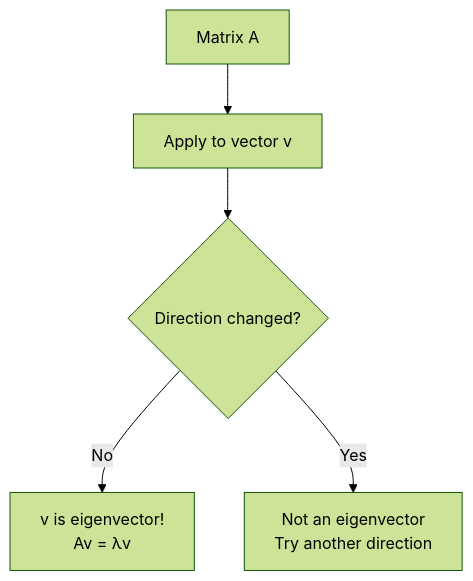
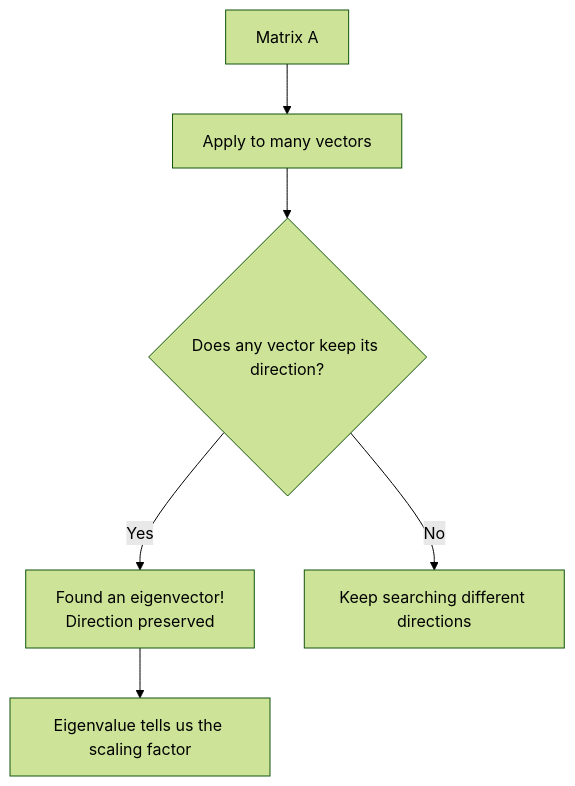
The second of 6 diagrams in docs/00_foundations/linear_algebra.md (amankumarcode/ai-agent-notes), drawn with Mermaid (forest theme) before and after one commit. The commit also changed other lines of this file, not shown here.

````diff
--- a/docs/00_foundations/linear_algebra.md
+++ b/docs/00_foundations/linear_algebra.md
@@ -85,7 +109,8 @@
 ```mermaid
 graph TD
-    A[Matrix A] --> B[Apply to vector v]
-    B --> C{Direction changed?}
-    C -->|No| D[v is eigenvector!<br/>Av = λv]
-    C -->|Yes| E[Not an eigenvector<br/>Try another direction]
+    A[Matrix A] --> B[Apply to many vectors]
+    B --> C{Does any vector keep its direction?}
+    C -->|Yes| D[Found an eigenvector!<br/>Direction preserved]
+    C -->|No| E[Keep searching different directions]
+    D --> F[Eigenvalue tells us the scaling factor]
 ```
````
